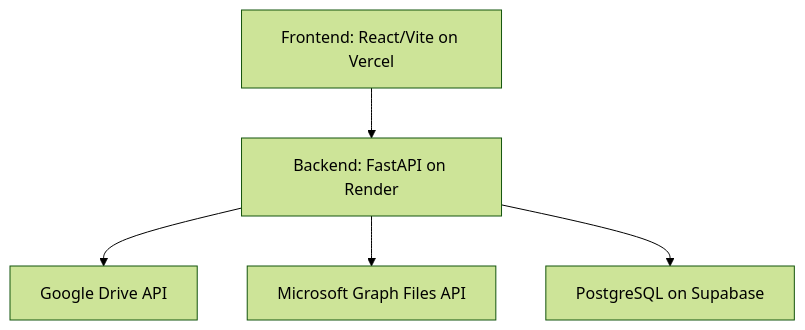
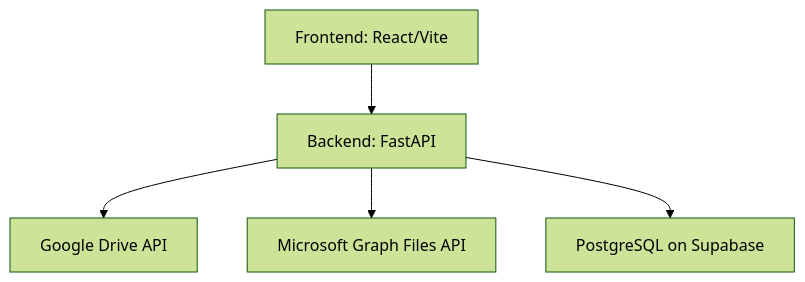
One commit to DevonYuan/Unified-Storage-Provider changed the diagram in README.md. Above: the diagram before and after it, drawn with Mermaid (forest theme). The commit also changed other lines of this file and 5 other files, not shown here.

````diff
--- a/README.md
+++ b/README.md
@@ -19,7 +19,7 @@
 ```mermaid
 flowchart TD
-    A[Frontend: React/Vite on Vercel] --> B[Backend: FastAPI on Render]
+    A[Frontend: React/Vite] --> B[Backend: FastAPI]
     B --> C[Google Drive API]
     B --> D[Microsoft Graph Files API]
     B --> E[PostgreSQL on Supabase]
 ``` 
````
